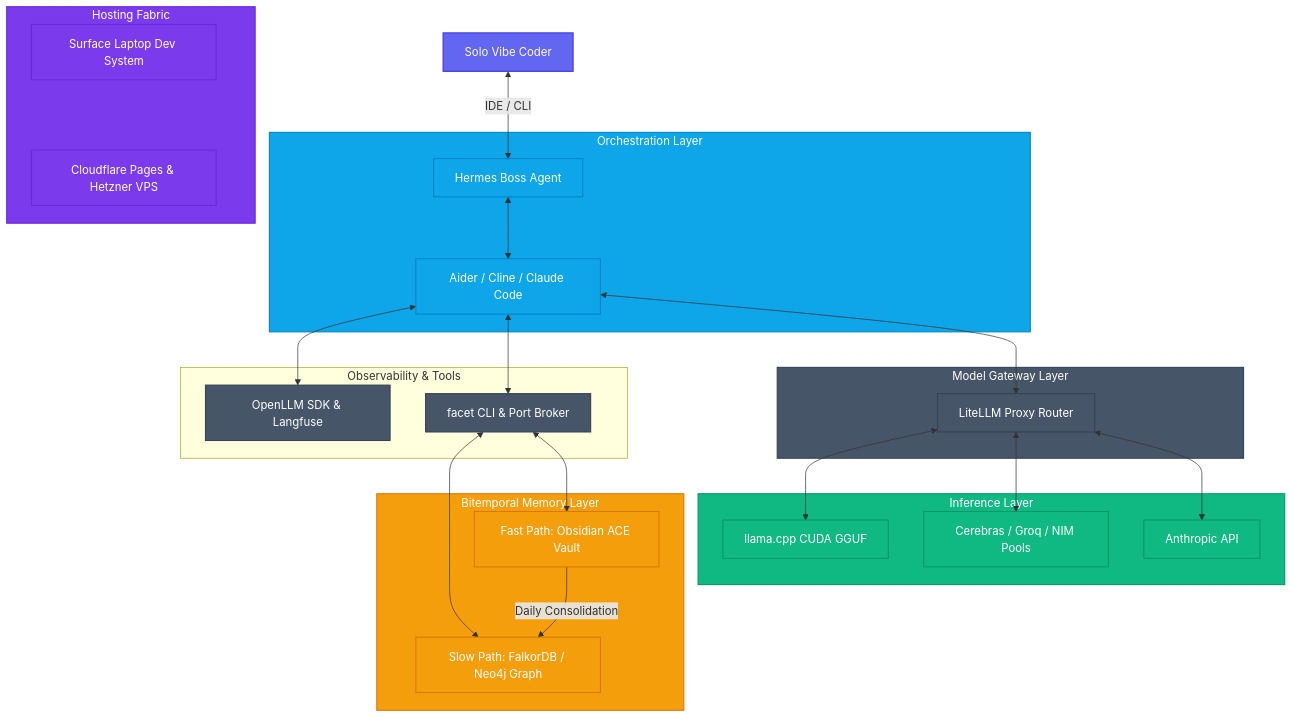
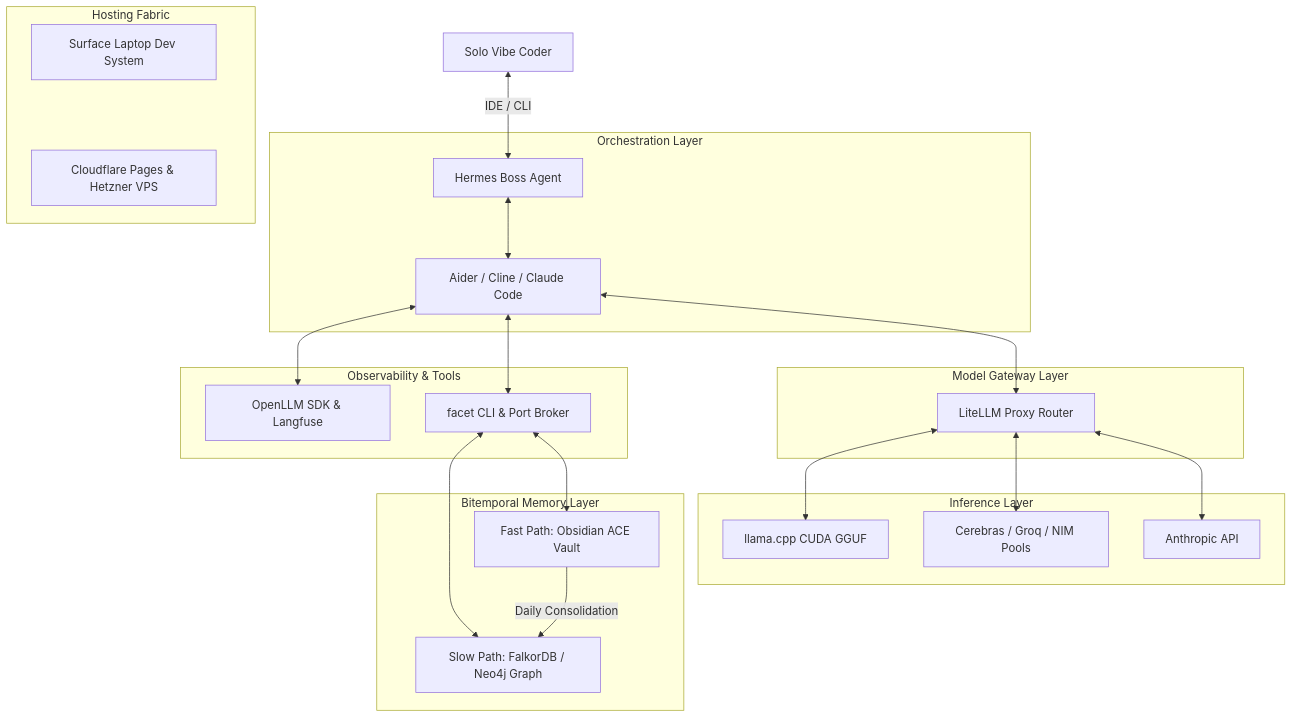
One commit to master5d/NAUTILUS changed the diagram in docs/whitepaper/chapters/architecture.md. Above: the diagram before and after it, drawn with Mermaid. The commit also changed 6 other files, not shown here.

First line of the commit message:
docs: Refactor Mermaid diagrams for GitBook and GitHub Pages compatibility

````diff
--- a/docs/whitepaper/chapters/architecture.md
+++ b/docs/whitepaper/chapters/architecture.md
@@ -5,64 +5,49 @@
 ```mermaid
-graph TD
-    %% Styling
-    classDef Human fill:#6366f1,stroke:#4f46e5,stroke-width:2px,color:#fff;
-    classDef Orch fill:#0ea5e9,stroke:#0284c7,stroke-width:1.5px,color:#fff;
-    classDef Gateway fill:#475569,stroke:#334155,stroke-width:1.5px,color:#fff;
-    classDef Inference fill:#10b981,stroke:#059669,stroke-width:1.5px,color:#fff;
-    classDef Mem fill:#f59e0b,stroke:#d97706,stroke-width:1.5px,color:#fff;
-    classDef Host fill:#7c3aed,stroke:#6d28d9,stroke-width:1.5px,color:#fff;
-
-    %% Nodes
-    Coder[Solo Vibe Coder]:::Human
+flowchart TD
+    Coder[Solo Vibe Coder]
     
     subgraph Orchestration["Orchestration Layer"]
-        Hermes[Hermes Boss Agent]:::Orch
-        SubAgents[Aider / Cline / Claude Code]:::Orch
+        Hermes[Hermes Boss Agent]
+        SubAgents[Aider / Cline / Claude Code]
     end
     
     subgraph GatewayLayer["Model Gateway Layer"]
-        LiteLLM[LiteLLM Proxy Router]:::Gateway
+        LiteLLM[LiteLLM Proxy Router]
     end
     
     subgraph InferenceLayer["Inference Layer"]
-        LocalInference[llama.cpp CUDA GGUF]:::Inference
-        FreeClouds[Cerebras / Groq / NIM Pools]:::Inference
-        PaidClouds[Anthropic API]:::Inference
+        LocalInference[llama.cpp CUDA GGUF]
+        FreeClouds[Cerebras / Groq / NIM Pools]
+        PaidClouds[Anthropic API]
     end
 
     subgraph MemoryLayer["Bitemporal Memory Layer"]
-        FastPath[Fast Path: Obsidian ACE Vault]:::Mem
-        SlowPath[Slow Path: FalkorDB / Neo4j Graph]:::Mem
+        FastPath[Fast Path: Obsidian ACE Vault]
+        SlowPath[Slow Path: FalkorDB / Neo4j Graph]
     end
     
     subgraph ObservabilityLayer["Observability & Tools"]
-        OpenLLM[OpenLLM SDK & Langfuse]:::Gateway
-        FacetCLI[facet CLI & Port Broker]:::Gateway
+        OpenLLM[OpenLLM SDK & Langfuse]
+        FacetCLI[facet CLI & Port Broker]
     end
     
     subgraph HostingFabric["Hosting Fabric"]
-        Surface[Surface Laptop Dev System]:::Host
-        CloudEdge[Cloudflare Pages & Hetzner VPS]:::Host
+        Surface[Surface Laptop Dev System]
+        CloudEdge[Cloudflare Pages & Hetzner VPS]
     end
 
     %% Connections
     Coder <--> |IDE / CLI| Hermes
     Hermes <--> SubAgents
     SubAgents <--> LiteLLM
     LiteLLM <--> LocalInference
     LiteLLM <--> FreeClouds
     LiteLLM <--> PaidClouds
     SubAgents <--> OpenLLM
     SubAgents <--> FacetCLI
     FacetCLI <--> FastPath
     FacetCLI <--> SlowPath
     FastPath --> |Daily Consolidation| SlowPath
     HostingFabric --- Surface
     HostingFabric --- CloudEdge
-
-    class Orchestration Orch;
-    class GatewayLayer Gateway;
-    class InferenceLayer Inference;
-    class MemoryLayer Mem;
-    class HostingFabric Host;
 ```
````
